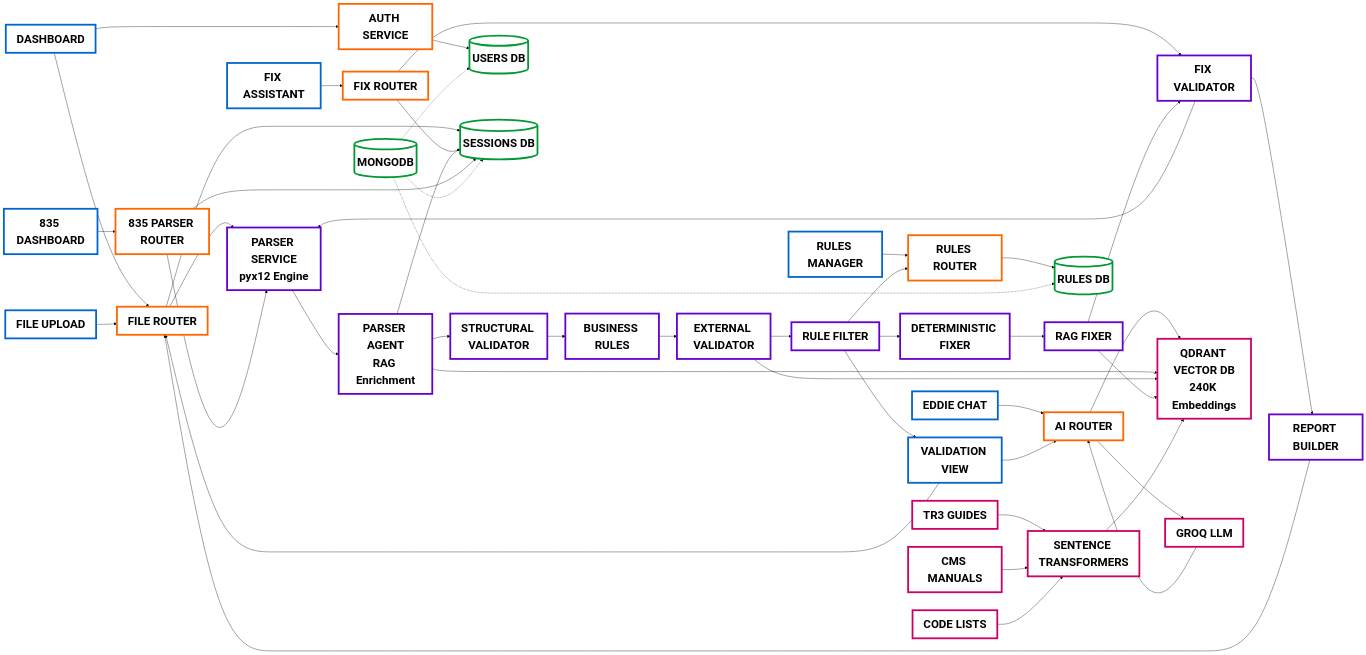
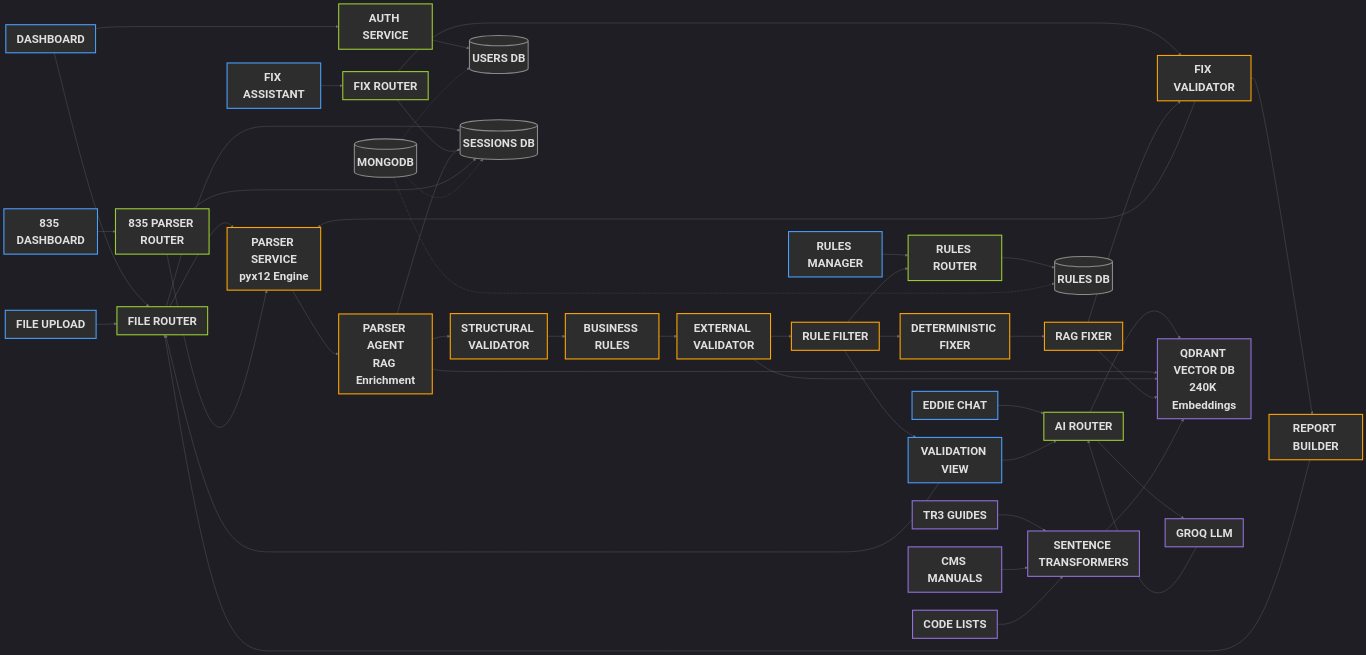
Before and after one commit to pratik3847/DevDynamos-inspiron: the diagram in README.md, drawn with Mermaid.

Commit message:
arch diagram 8.0

````diff
--- a/README.md
+++ b/README.md
@@ -24,5 +24,5 @@
 ```mermaid
-%%{init: {'theme':'base', 'themeVariables': { 'background':'#ffffff', 'mainBkg':'#ffffff', 'clusterBkg':'#ffffff', 'fontSize':'32px', 'fontFamily':'Arial'}}}%%
+%%{init: {'theme':'dark', 'themeVariables': { 'darkMode': true, 'background':'#1e1e1e', 'primaryColor':'#2d2d2d', 'primaryTextColor':'#e0e0e0', 'primaryBorderColor':'#4a9eff', 'lineColor':'#6b6b6b', 'secondaryColor':'#3d3d3d', 'tertiaryColor':'#2d2d2d', 'fontSize':'32px', 'fontFamily':'Arial'}}}%%
 graph LR
   UI1["<b>DASHBOARD</b>"]
   UI2["<b>FILE UPLOAD</b>"]
@@ -114,11 +114,11 @@
   V4 --> UI3
   UI3 --> A5
 
-  classDef uiStyle fill:#ffffff,stroke:#0066cc,stroke-width:5px,color:#000000,font-size:32px
-  classDef apiStyle fill:#ffffff,stroke:#ff6600,stroke-width:5px,color:#000000,font-size:32px
-  classDef procStyle fill:#ffffff,stroke:#6600cc,stroke-width:5px,color:#000000,font-size:32px
-  classDef dbStyle fill:#ffffff,stroke:#009933,stroke-width:5px,color:#000000,font-size:32px
-  classDef aiStyle fill:#ffffff,stroke:#cc0066,stroke-width:5px,color:#000000,font-size:32px
+  classDef uiStyle fill:#2d2d2d,stroke:#4a9eff,stroke-width:3px,color:#e0e0e0,font-size:32px
+  classDef apiStyle fill:#2d2d2d,stroke:#9acd32,stroke-width:3px,color:#e0e0e0,font-size:32px
+  classDef procStyle fill:#2d2d2d,stroke:#ffa500,stroke-width:3px,color:#e0e0e0,font-size:32px
+  classDef dbStyle fill:#2d2d2d,stroke:#8a8a8a,stroke-width:3px,color:#e0e0e0,font-size:32px
+  classDef aiStyle fill:#2d2d2d,stroke:#9370db,stroke-width:3px,color:#e0e0e0,font-size:32px
   
   class UI1,UI2,UI3,UI4,UI5,UI6,UI7 uiStyle
   class A1,A2,A3,A4,A5,A6 apiStyle
````
